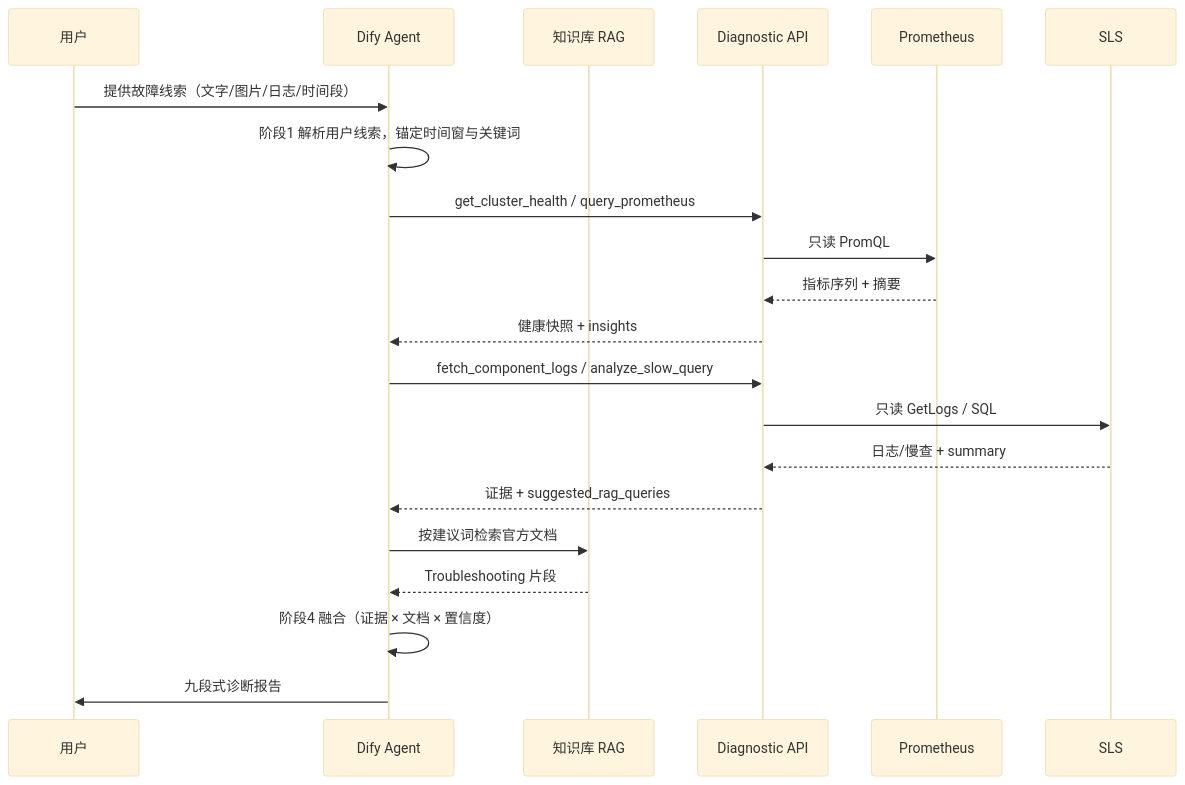
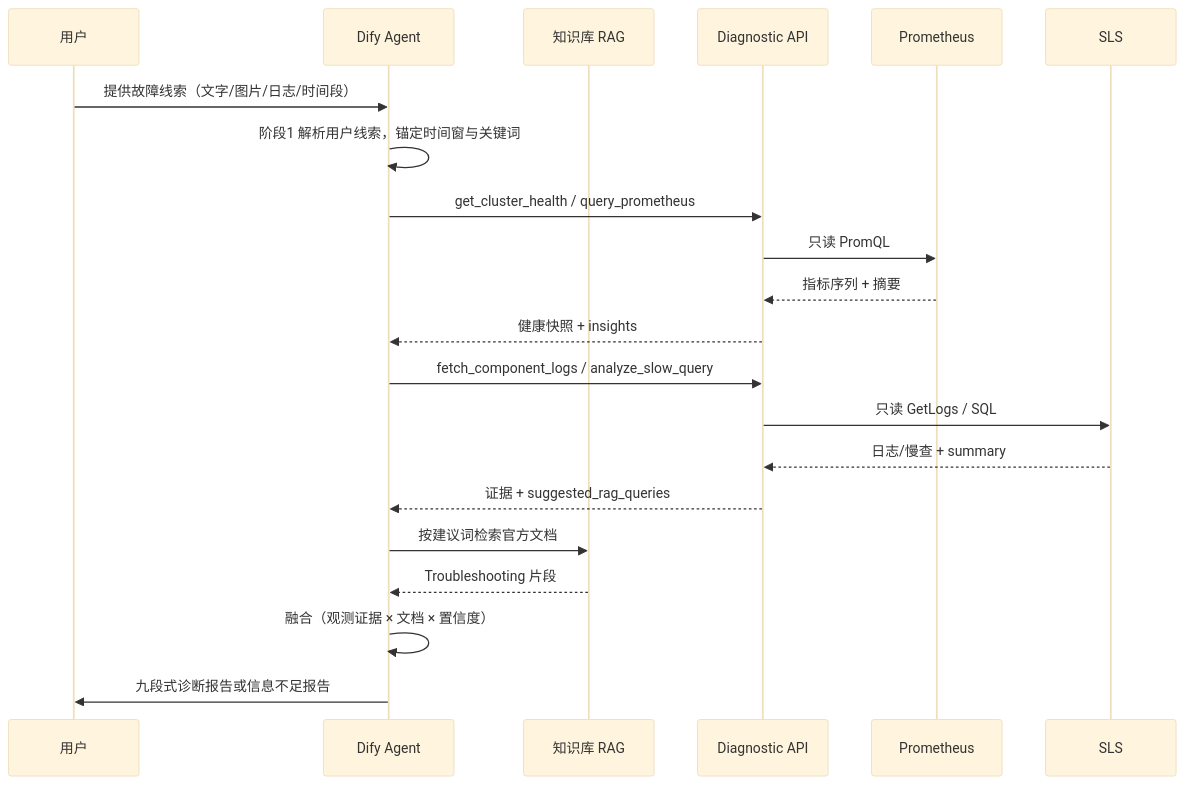
Before and after one commit to yangzhengjie/tidb-diag: the third of 10 diagrams in docs/tidb-diag-agent-technical-design.md, drawn with Mermaid (base theme). The commit also changed other lines of this file and 1 other file, not shown here.

First line of the commit message:
docs(architecture): revise requirements and design to v1.9

````diff
--- a/docs/tidb-diag-agent-technical-design.md
+++ b/docs/tidb-diag-agent-technical-design.md
@@ -162,24 +164,24 @@
 ```mermaid
 sequenceDiagram
     participant U as 用户
     participant A as Dify Agent
     participant KB as 知识库 RAG
     participant API as Diagnostic API
     participant P as Prometheus
     participant S as SLS
 
     U->>A: 提供故障线索（文字/图片/日志/时间段）
     A->>A: 阶段1 解析用户线索，锚定时间窗与关键词
     A->>API: get_cluster_health / query_prometheus
     API->>P: 只读 PromQL
     P-->>API: 指标序列 + 摘要
     API-->>A: 健康快照 + insights
     A->>API: fetch_component_logs / analyze_slow_query
     API->>S: 只读 GetLogs / SQL
     S-->>API: 日志/慢查 + summary
     API-->>A: 证据 + suggested_rag_queries
     A->>KB: 按建议词检索官方文档
     KB-->>A: Troubleshooting 片段
-    A->>A: 阶段4 融合（证据 × 文档 × 置信度）
-    A->>U: 九段式诊断报告
+    A->>A: 融合（观测证据 × 文档 × 置信度）
+    A->>U: 九段式诊断报告或信息不足报告
 ```
````
